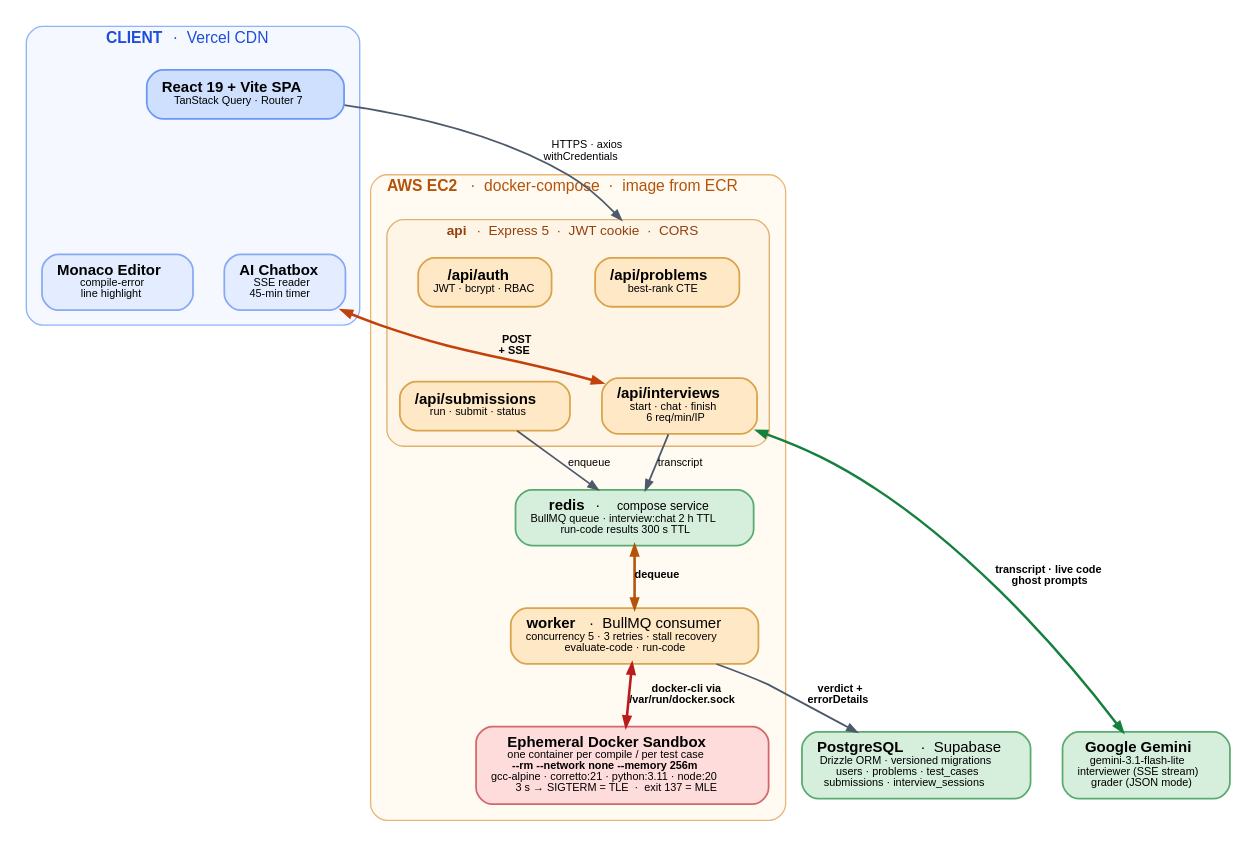
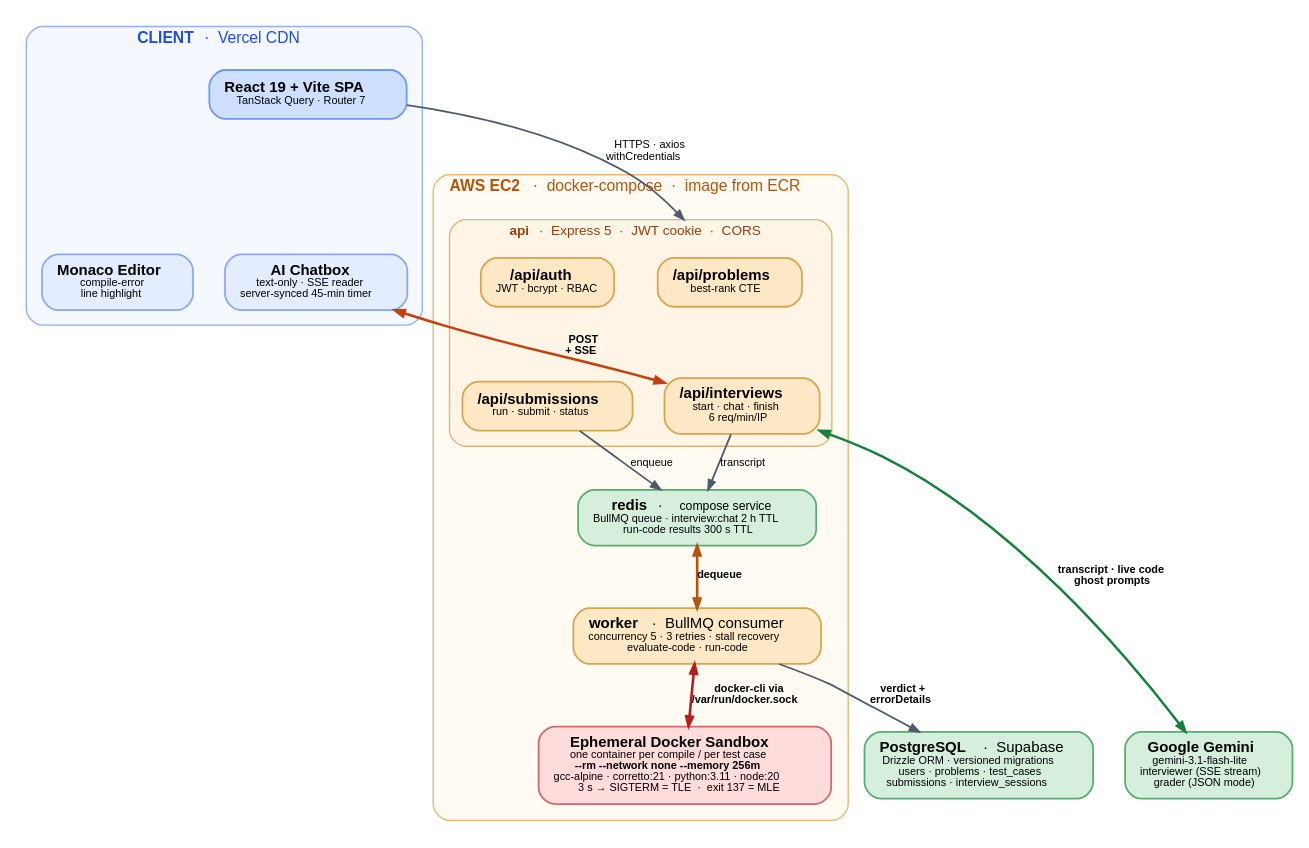
The diagram in docs/architecture.dot (SukumarThillairajan/online-judge), drawn with Graphviz before and after one commit. The commit also changed 10 other files, not shown here.

Commit message:
feat: added session resilience, server-authoritative timer, proper timestamps to the chat messages as a part of the system and ghost prompts to the AI

```diff
--- a/docs/architecture.dot
+++ b/docs/architecture.dot
@@ -1,53 +1,53 @@
 digraph Ascend {
   rankdir=TB; compound=true; splines=true;
   nodesep=0.32; ranksep=0.40; bgcolor="white"; fontname="Helvetica";
   node [fontname="Helvetica", fontsize=11, shape=box, style="rounded,filled", penwidth=1.3, margin="0.15,0.10"];
   edge [fontname="Helvetica", fontsize=9, color="#4d5a6b", penwidth=1.3, arrowsize=0.7];
 
   subgraph cluster_client {
     label=<<b>CLIENT</b>  ·  Vercel CDN>;
     fontsize=11.5; fontcolor="#1d4ed8"; color="#8fb2fb"; style="rounded,filled"; fillcolor="#f5f9ff"; margin=11;
     ui   [label=<<b>React 19 + Vite SPA</b><br/><font point-size="8.5">TanStack Query · Router 7</font>>, fillcolor="#cfe0ff", color="#6d97f5"];
     mon  [label=<<b>Monaco Editor</b><br/><font point-size="8.5">compile-error<br/>line highlight</font>>, fillcolor="#e3edff", color="#89a9f5"];
-    chat [label=<<b>AI Chatbox</b><br/><font point-size="8.5">SSE reader<br/>45-min timer</font>>, fillcolor="#e3edff", color="#89a9f5"];
+    chat [label=<<b>AI Chatbox</b><br/><font point-size="8.5">text-only · SSE reader<br/>server-synced 45-min timer</font>>, fillcolor="#e3edff", color="#89a9f5"];
     {rank=same; mon; chat;}
     ui -> mon [style=invis]; ui -> chat [style=invis];
   }
 
   subgraph cluster_ec2 {
     label=<<b>AWS EC2</b>  ·  docker-compose  ·  image from ECR>;
     fontsize=11.5; fontcolor="#b45309"; color="#eab676"; style="rounded,filled"; fillcolor="#fffbf3"; margin=12;
 
     subgraph cluster_api {
       label=<<b>api</b>  ·  Express 5  ·  JWT cookie  ·  CORS>;
       fontsize=10; fontcolor="#92400e"; color="#e0b273"; style="rounded,filled"; fillcolor="#fff5e6"; margin=9;
       auth [label=<<b>/api/auth</b><br/><font point-size="8">JWT · bcrypt · RBAC</font>>, fillcolor="#ffe8c6", color="#d9a44c"];
       prob [label=<<b>/api/problems</b><br/><font point-size="8">best-rank CTE</font>>, fillcolor="#ffe8c6", color="#d9a44c"];
       subm [label=<<b>/api/submissions</b><br/><font point-size="8">run · submit · status</font>>, fillcolor="#ffe8c6", color="#d9a44c"];
       intv [label=<<b>/api/interviews</b><br/><font point-size="8">start · chat · finish<br/>6 req/min/IP</font>>, fillcolor="#ffe8c6", color="#d9a44c"];
       {rank=same; auth; prob;}
       {rank=same; subm; intv;}
       auth -> subm [style=invis]; prob -> intv [style=invis];
     }
 
     redis [label=<<b>redis</b>  ·  <font point-size="9">compose service</font><br/><font point-size="8.5">BullMQ queue · interview:chat 2 h TTL</font><br/><font point-size="8.5">run-code results 300 s TTL</font>>, fillcolor="#d6efdd", color="#5aab70"];
     wrk   [label=<<b>worker</b>  ·  BullMQ consumer<br/><font point-size="8.5">concurrency 5 · 3 retries · stall recovery</font><br/><font point-size="8.5">evaluate-code · run-code</font>>, fillcolor="#ffe8c6", color="#d9a44c"];
     sbx   [label=<<b>Ephemeral Docker Sandbox</b><br/><font point-size="8.5">one container per compile / per test case</font><br/><font point-size="8.5"><b>--rm --network none --memory 256m</b></font><br/><font point-size="8.5">gcc-alpine · corretto:21 · python:3.11 · node:20</font><br/><font point-size="8.5">3 s → SIGTERM = TLE  ·  exit 137 = MLE</font>>, fillcolor="#ffdcdc", color="#d06a6a"];
   }
 
   pg [label=<<b>PostgreSQL</b>  ·  Supabase<br/><font point-size="8.5">Drizzle ORM · versioned migrations</font><br/><font point-size="8.5">users · problems · test_cases</font><br/><font point-size="8.5">submissions · interview_sessions</font>>, fillcolor="#d6efdd", color="#5aab70"];
   ai [label=<<b>Google Gemini</b><br/><font point-size="8.5">gemini-3.1-flash-lite</font><br/><font point-size="8.5">interviewer (SSE stream)</font><br/><font point-size="8.5">grader (JSON mode)</font>>, fillcolor="#d6efdd", color="#5aab70"];
 
   ui   -> prob [lhead=cluster_api, label=<<font point-size="8.5"> HTTPS · axios<br/> withCredentials </font>>];
   chat -> intv [color="#c2410c", penwidth=1.9, dir=both, label=<<font point-size="8.5"><b> POST<br/> + SSE </b></font>>];
 
   subm -> redis [label=<<font point-size="8.5"> enqueue </font>>];
   intv -> redis [label=<<font point-size="8.5"> transcript </font>>];
   redis -> wrk  [color="#b45309", penwidth=1.9, dir=both, label=<<font point-size="8.5"><b> dequeue </b></font>>];
   wrk  -> sbx   [color="#b91c1c", penwidth=1.9, dir=both, label=<<font point-size="8.5"><b> docker-cli via<br/> /var/run/docker.sock </b></font>>];
 
   {rank=same; pg; ai;}
   wrk  -> pg [label=<<font point-size="8.5"><b> verdict +<br/> errorDetails </b></font>>];
   subm -> pg [style=invis];
   intv -> ai [color="#15803d", penwidth=1.8, dir=both, label=<<font point-size="8.5"><b> transcript · live code<br/> ghost prompts </b></font>>];
 }
```
